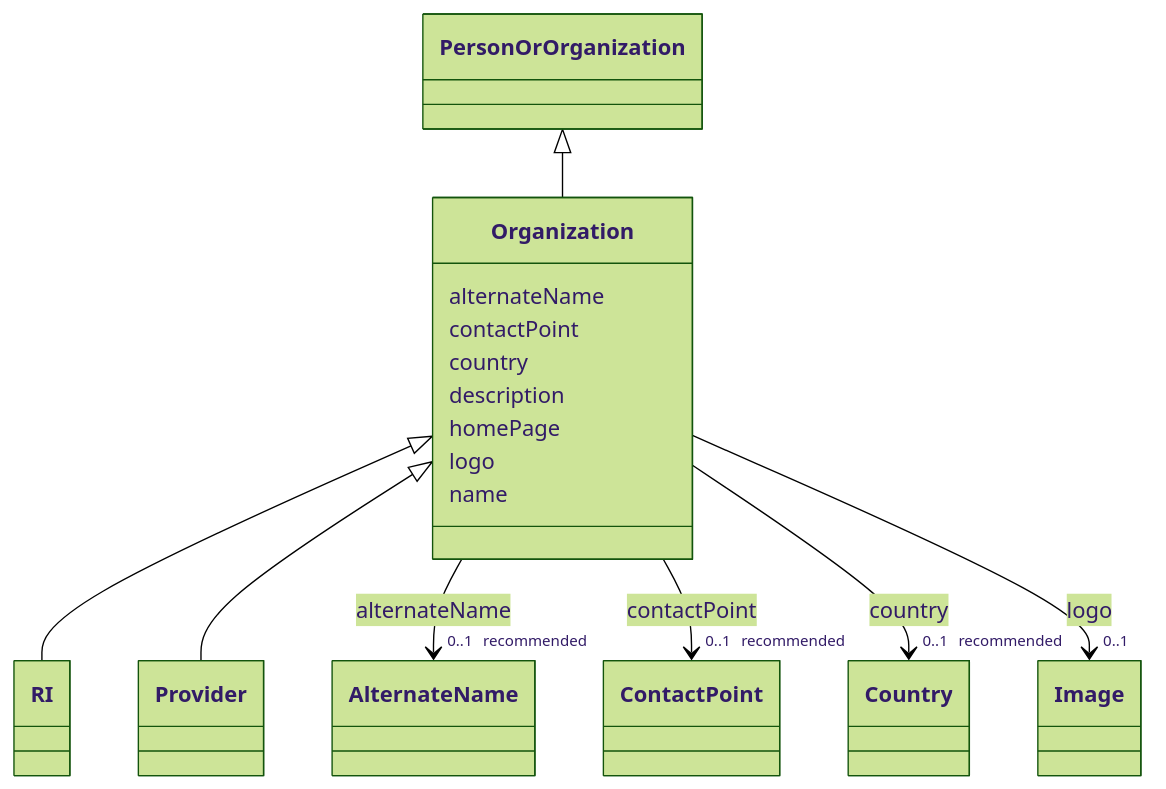
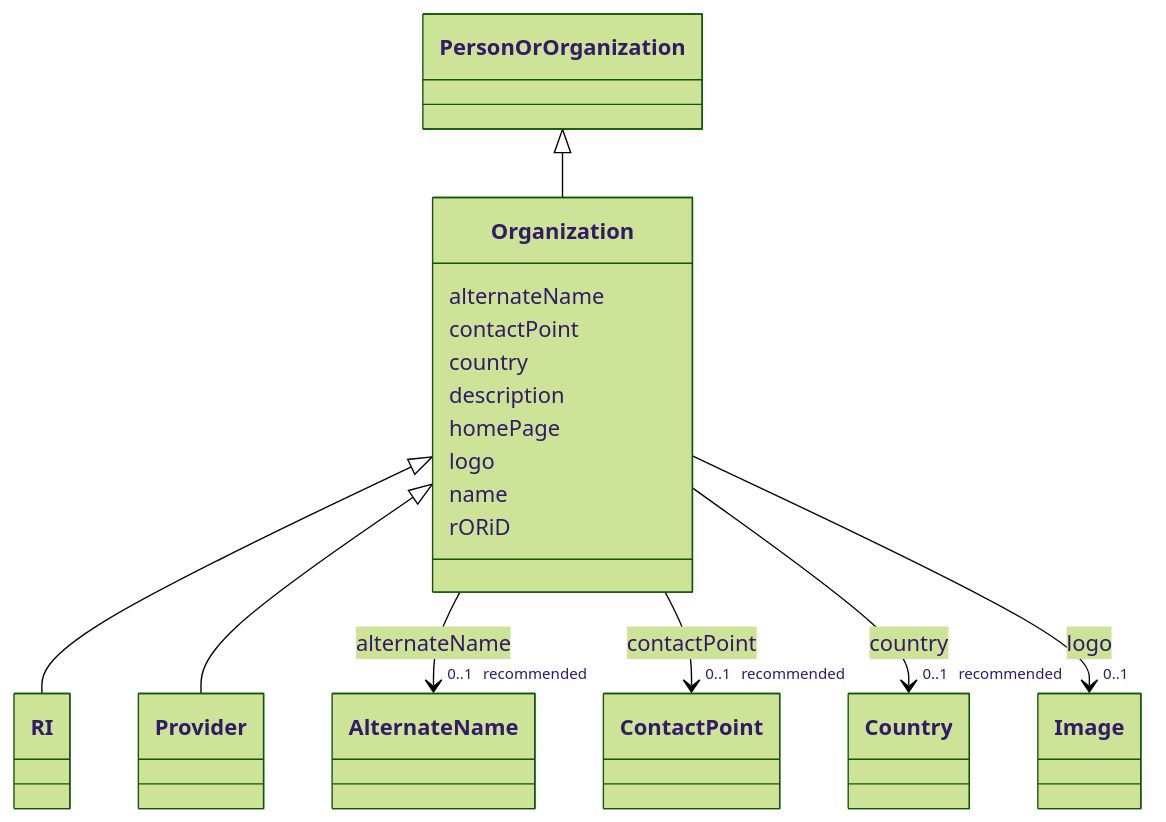
Before and after one commit to EVORA-project/evora-ontology: the diagram in models/docs/Organization.md, drawn with Mermaid (forest theme). The commit also changed other lines of this file and 172 other files, not shown here.

````diff
--- a/models/docs/Organization.md
+++ b/models/docs/Organization.md
@@ -19,58 +19,60 @@
 ```mermaid
  classDiagram
     class Organization
     click Organization href "../Organization"
       PersonOrOrganization <|-- Organization
         click PersonOrOrganization href "../PersonOrOrganization"
       
 
       Organization <|-- RI
         click RI href "../RI"
       Organization <|-- Provider
         click Provider href "../Provider"
       
       
       Organization : alternateName
         
           
     
     
     Organization --> "0..1 _recommended_" AlternateName : alternateName
     click AlternateName href "../AlternateName"
 
         
       Organization : contactPoint
         
           
     
     
     Organization --> "0..1 _recommended_" ContactPoint : contactPoint
     click ContactPoint href "../ContactPoint"
 
         
       Organization : country
         
           
     
     
     Organization --> "0..1 _recommended_" Country : country
     click Country href "../Country"
 
         
       Organization : description
         
       Organization : homePage
         
       Organization : logo
         
           
     
     
     Organization --> "0..1" Image : logo
     click Image href "../Image"
 
         
       Organization : name
         
+      Organization : rORiD
+        
       
 ```
````
